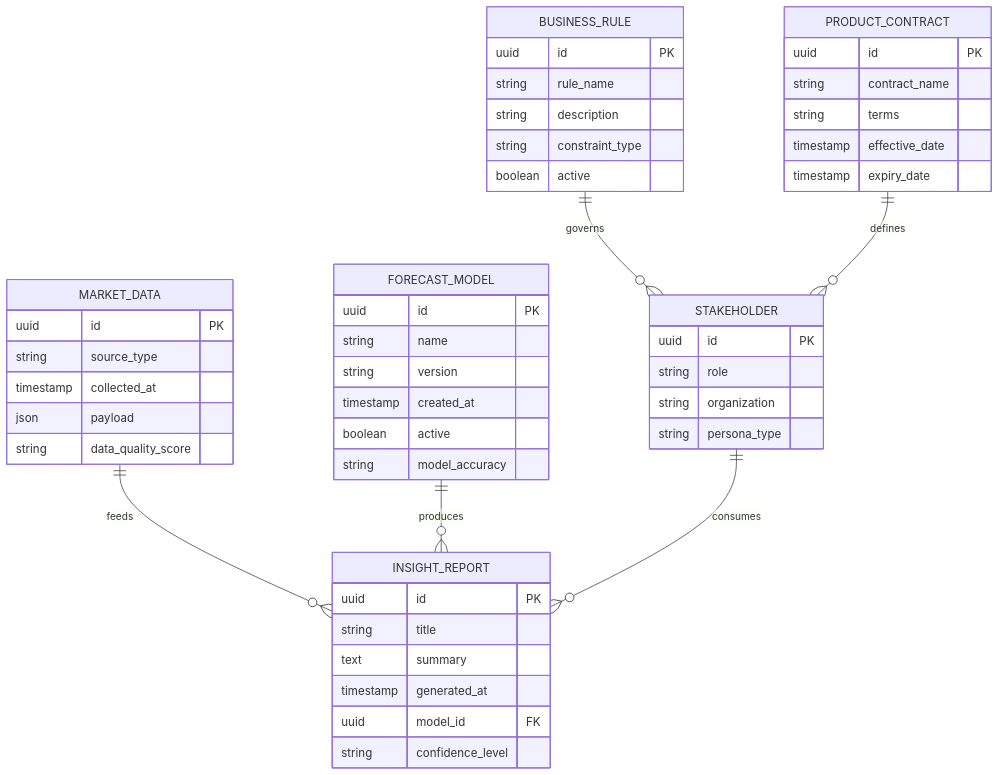
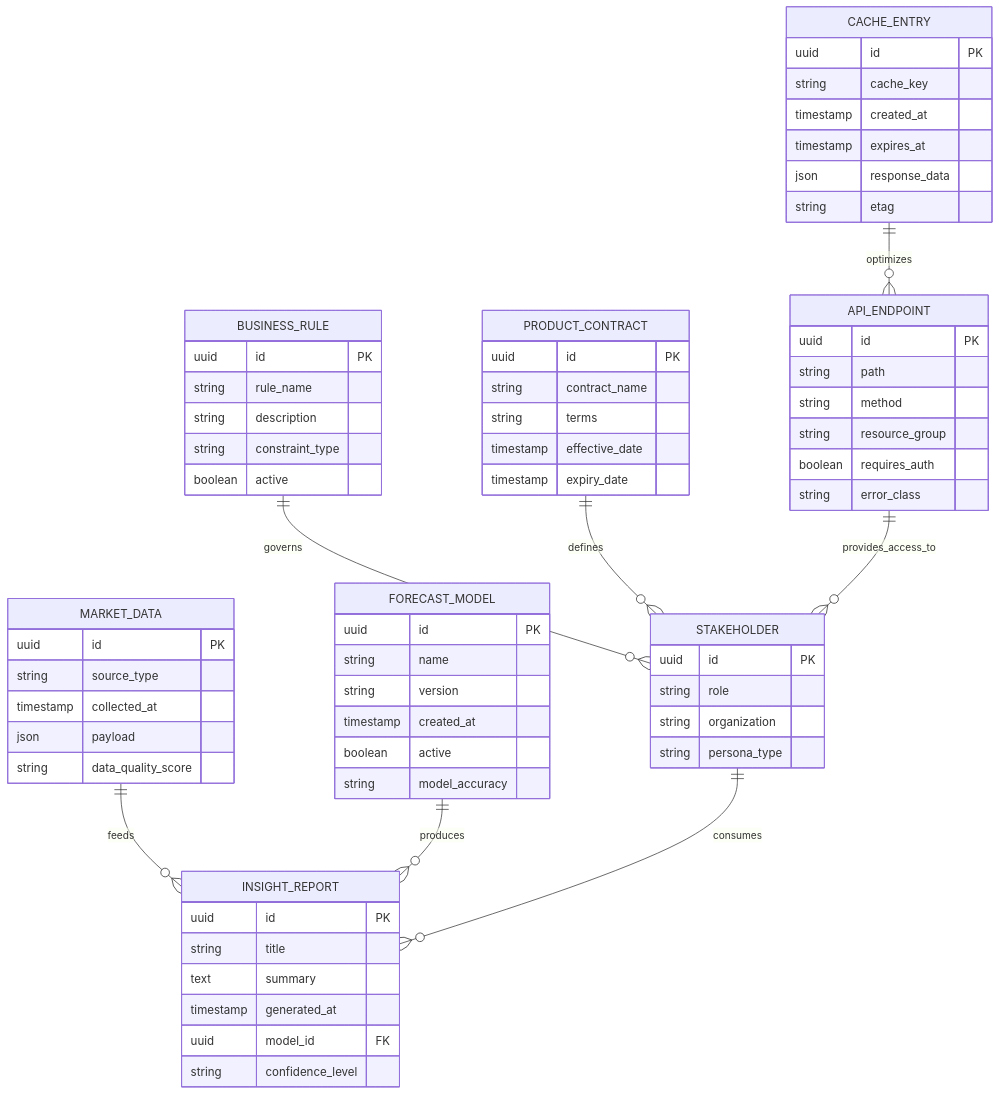
One commit to od3n/forecastiq changed the seventh of 8 diagrams in .qoder/repowiki/en/content/Business Requirements & Analysis.md. Above: the diagram before and after it, drawn with Mermaid. The commit also changed other lines of this file and 3 other files, not shown here.

````diff
--- a/.qoder/repowiki/en/content/Business Requirements & Analysis.md
+++ b/.qoder/repowiki/en/content/Business Requirements & Analysis.md
@@ -321,51 +456,69 @@
 ```mermaid
 erDiagram
 MARKET_DATA {
 uuid id PK
 string source_type
 timestamp collected_at
 json payload
 string data_quality_score
 }
 FORECAST_MODEL {
 uuid id PK
 string name
 string version
 timestamp created_at
 boolean active
 string model_accuracy
 }
 INSIGHT_REPORT {
 uuid id PK
 string title
 text summary
 timestamp generated_at
 uuid model_id FK
 string confidence_level
 }
 STAKEHOLDER {
 uuid id PK
 string role
 string organization
 string persona_type
 }
 BUSINESS_RULE {
 uuid id PK
 string rule_name
 string description
 string constraint_type
 boolean active
 }
 PRODUCT_CONTRACT {
 uuid id PK
 string contract_name
 string terms
 timestamp effective_date
 timestamp expiry_date
 }
+API_ENDPOINT {
+uuid id PK
+string path
+string method
+string resource_group
+boolean requires_auth
+string error_class
+}
+CACHE_ENTRY {
+uuid id PK
+string cache_key
+timestamp created_at
+timestamp expires_at
+json response_data
+string etag
+}
 MARKET_DATA ||--o{ INSIGHT_REPORT : "feeds"
 FORECAST_MODEL ||--o{ INSIGHT_REPORT : "produces"
 STAKEHOLDER ||--o{ INSIGHT_REPORT : "consumes"
 BUSINESS_RULE ||--o{ STAKEHOLDER : "governs"
 PRODUCT_CONTRACT ||--o{ STAKEHOLDER : "defines"
+API_ENDPOINT ||--o{ STAKEHOLDER : "provides_access_to"
+CACHE_ENTRY ||--o{ API_ENDPOINT : "optimizes"
 ```
````
